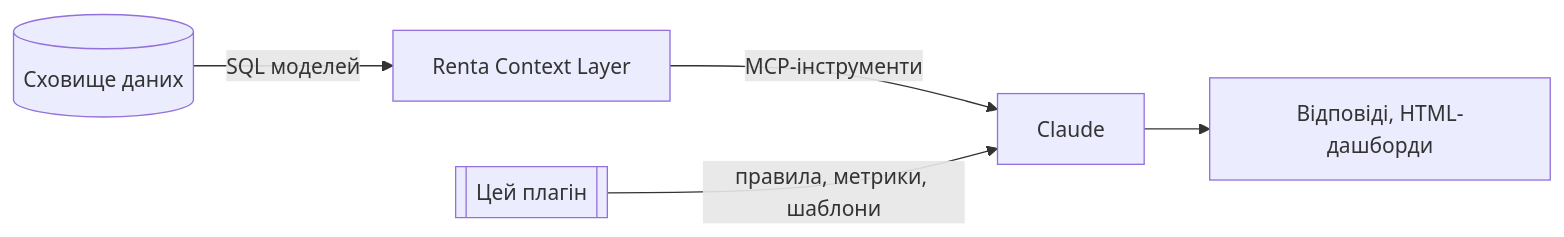
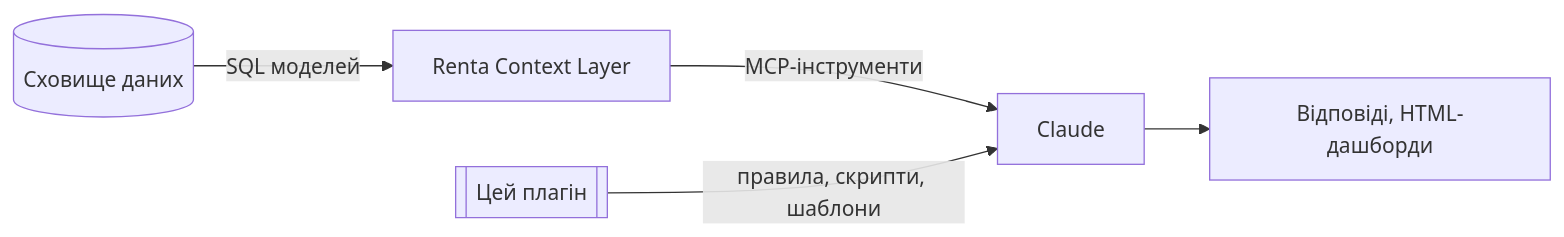
Before and after one commit to O1egKovtun/renta-igaming-analytics: the diagram in README.uk.md, drawn with Mermaid. The commit also changed other lines of this file and 27 other files, not shown here.

````diff
--- a/README.uk.md
+++ b/README.uk.md
@@ -11,7 +11,7 @@
 ```mermaid
 flowchart LR
   W[(Сховище даних)] -->|SQL моделей| R[Renta Context Layer]
   R -->|MCP-інструменти| C[Claude]
-  S[[Цей плагін]] -->|правила, метрики, шаблони| C
+  S[[Цей плагін]] -->|правила, скрипти, шаблони| C
   C --> O[Відповіді, HTML-дашборди]
 ```
````
